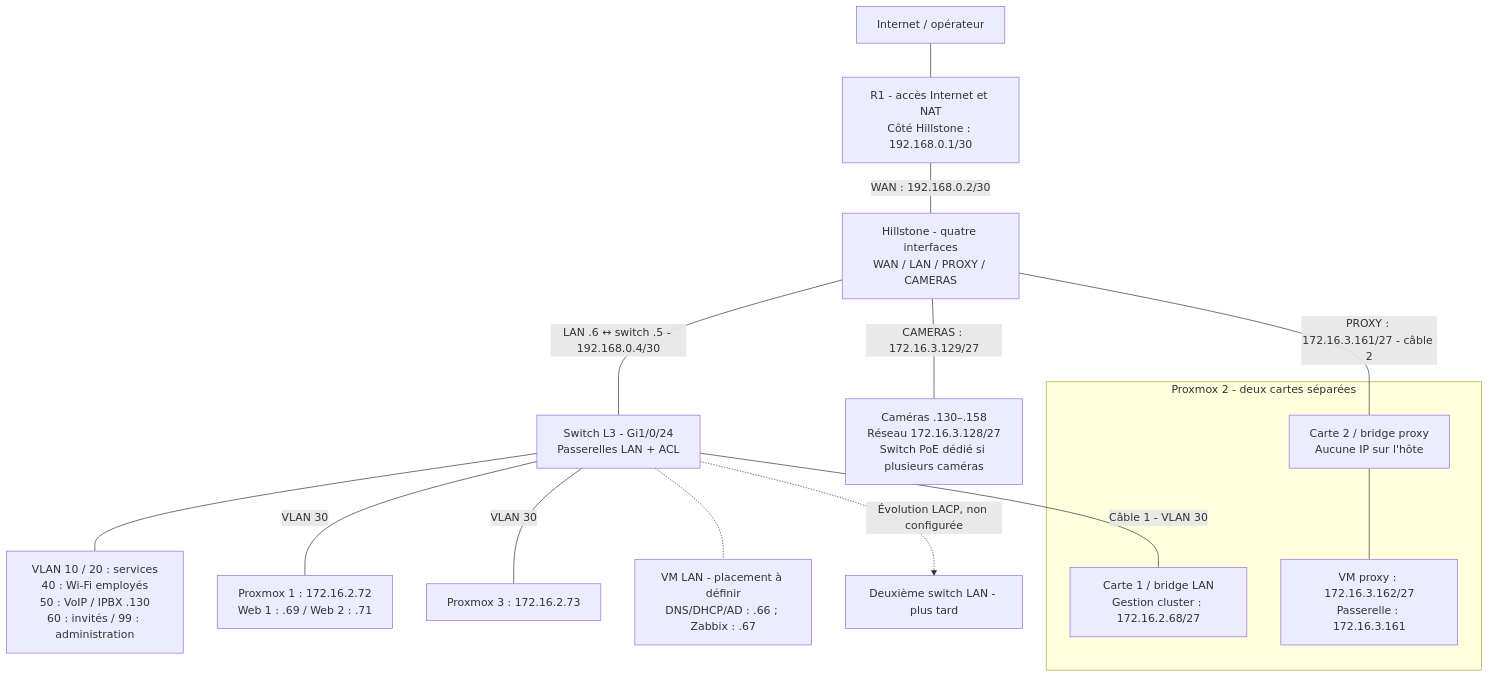
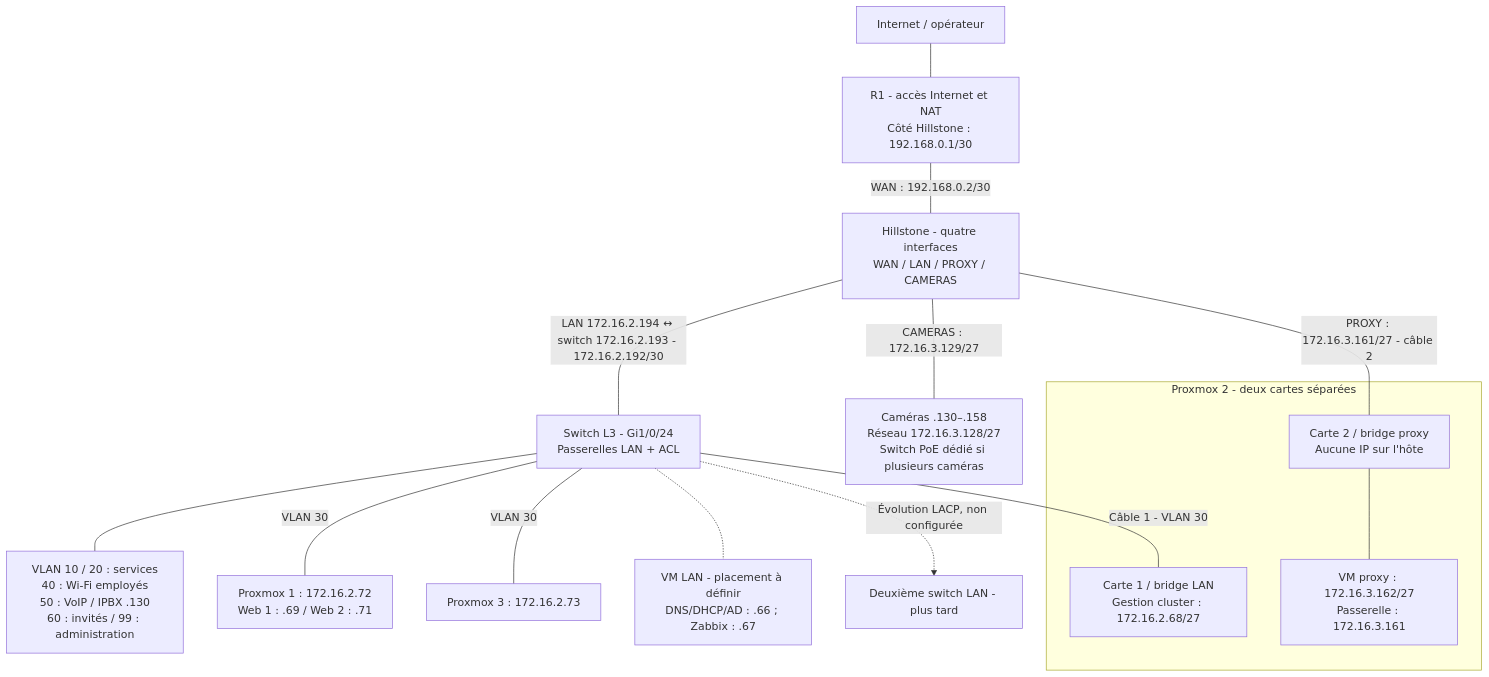
The diagram in Site-C/Infrastructure/docs/Dossier_reseau.md (NovaTech91/Projet-Fil-Rouge), drawn with Mermaid before and after one commit. The commit also changed other lines of this file and 4 other files, not shown here.

````diff
--- a/Site-C/Infrastructure/docs/Dossier_reseau.md
+++ b/Site-C/Infrastructure/docs/Dossier_reseau.md
@@ -7,19 +7,19 @@
 ```mermaid
 flowchart TB
     NET["Internet / opérateur"] --- R1["R1 - accès Internet et NAT<br/>Côté Hillstone : 192.168.0.1/30"]
     R1 ---|"WAN : 192.168.0.2/30"| FW["Hillstone - quatre interfaces<br/>WAN / LAN / PROXY / CAMERAS"]
-    FW ---|"LAN .6 ↔ switch .5 - 192.168.0.4/30"| SW["Switch L3 - Gi1/0/24<br/>Passerelles LAN + ACL"]
+    FW ---|"LAN 172.16.2.194 ↔ switch 172.16.2.193 - 172.16.2.192/30"| SW["Switch L3 - Gi1/0/24<br/>Passerelles LAN + ACL"]
     FW ---|"CAMERAS : 172.16.3.129/27"| CAM["Caméras .130–.158<br/>Réseau 172.16.3.128/27<br/>Switch PoE dédié si plusieurs caméras"]
     SW --- CLIENTS["VLAN 10 / 20 : services<br/>40 : Wi-Fi employés<br/>50 : VoIP / IPBX .130<br/>60 : invités / 99 : administration"]
     SW ---|"VLAN 30"| P1["Proxmox 1 : 172.16.2.72<br/>Web 1 : .69 / Web 2 : .71"]
     SW ---|"VLAN 30"| P3["Proxmox 3 : 172.16.2.73"]
     SW -.- SVC["VM LAN - placement à définir<br/>DNS/DHCP/AD : .66 ; Zabbix : .67"]
     subgraph P2["Proxmox 2 - deux cartes séparées"]
         LAN2["Carte 1 / bridge LAN<br/>Gestion cluster : 172.16.2.68/27"]
         DMZ2["Carte 2 / bridge proxy<br/>Aucune IP sur l'hôte"]
         DMZ2 --- PROXY["VM proxy : 172.16.3.162/27<br/>Passerelle : 172.16.3.161"]
     end
     SW ---|"Câble 1 - VLAN 30"| LAN2
     FW ---|"PROXY : 172.16.3.161/27 - câble 2"| DMZ2
     SW -.->|"Évolution LACP, non configurée"| SW2["Deuxième switch LAN - plus tard"]
 ```
````
